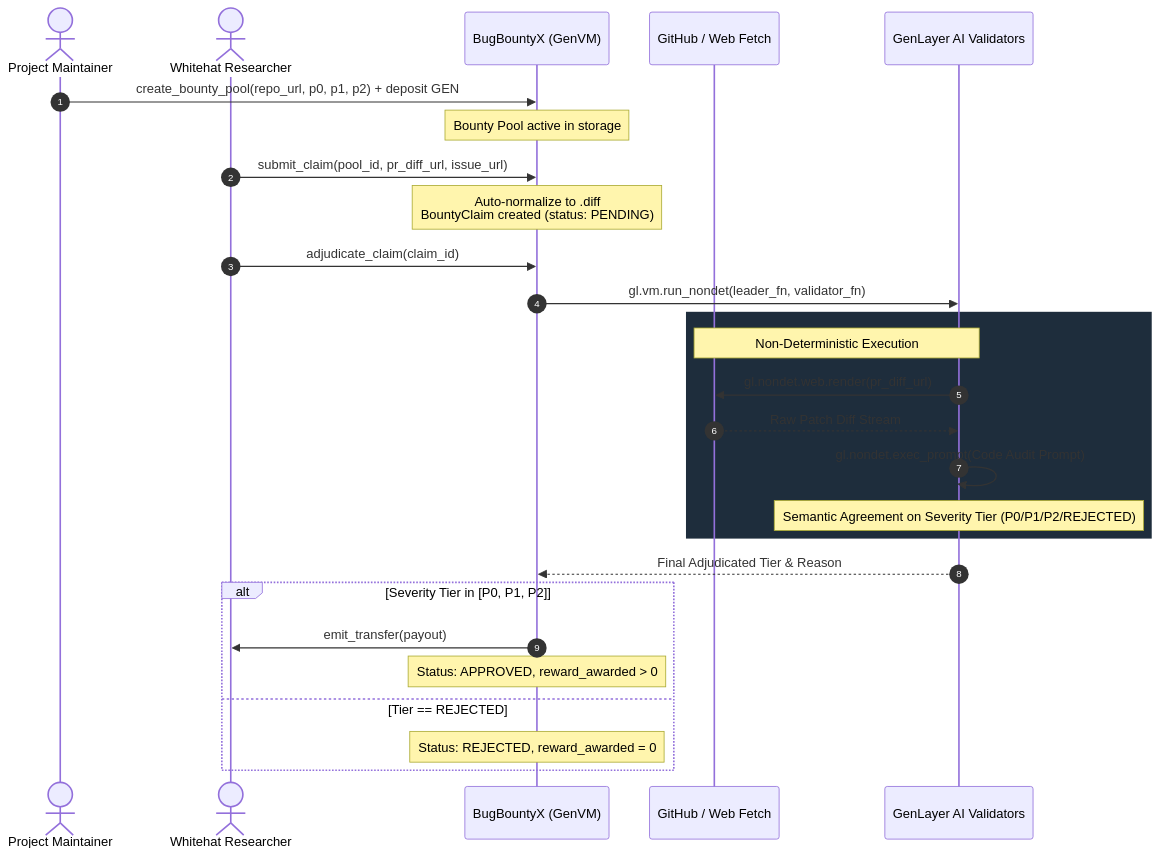
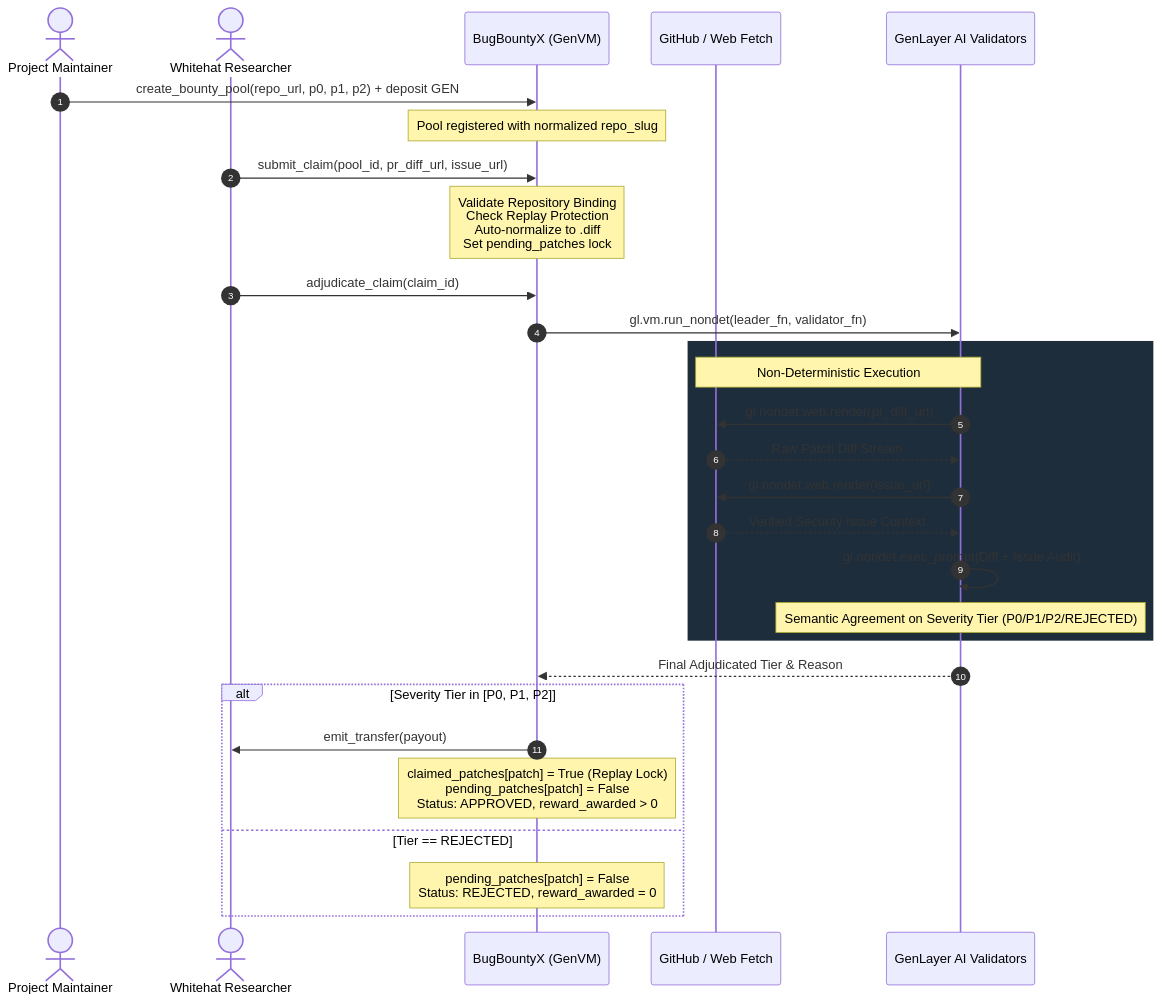
Before and after one commit to tuannguyenvan95/bug-bounty-x: the diagram in README.md, drawn with Mermaid. The commit also changed other lines of this file and 3 other files, not shown here.

Commit message:
feat(security): implement repository binding, issue context verification, and persistent replay protection

````diff
--- a/README.md
+++ b/README.md
@@ -112,35 +116,37 @@
 ```mermaid
 sequenceDiagram
     autonumber
     actor Team as Project Maintainer
     actor Hacker as Whitehat Researcher
     participant Contract as BugBountyX (GenVM)
     participant Web as GitHub / Web Fetch
     participant Consensus as GenLayer AI Validators
 
     Team->>Contract: create_bounty_pool(repo_url, p0, p1, p2) + deposit GEN
-    Note over Contract: Bounty Pool active in storage
+    Note over Contract: Pool registered with normalized repo_slug
 
     Hacker->>Contract: submit_claim(pool_id, pr_diff_url, issue_url)
-    Note over Contract: Auto-normalize to .diff<br/>BountyClaim created (status: PENDING)
+    Note over Contract: Validate Repository Binding<br/>Check Replay Protection<br/>Auto-normalize to .diff<br/>Set pending_patches lock
 
     Hacker->>Contract: adjudicate_claim(claim_id)
     Contract->>Consensus: gl.vm.run_nondet(leader_fn, validator_fn)
     
     rect rgb(30, 45, 60)
         Note over Consensus,Web: Non-Deterministic Execution
         Consensus->>Web: gl.nondet.web.render(pr_diff_url)
         Web-->>Consensus: Raw Patch Diff Stream
-        Consensus->>Consensus: gl.nondet.exec_prompt(Code Audit Prompt)
+        Consensus->>Web: gl.nondet.web.render(issue_url)
+        Web-->>Consensus: Verified Security Issue Context
+        Consensus->>Consensus: gl.nondet.exec_prompt(Diff + Issue Audit)
         Note over Consensus: Semantic Agreement on Severity Tier (P0/P1/P2/REJECTED)
     end
 
     Consensus-->>Contract: Final Adjudicated Tier & Reason
     
     alt Severity Tier in [P0, P1, P2]
         Contract->>Hacker: emit_transfer(payout)
-        Note over Contract: Status: APPROVED, reward_awarded > 0
+        Note over Contract: claimed_patches[patch] = True (Replay Lock)<br/>pending_patches[patch] = False<br/>Status: APPROVED, reward_awarded > 0
     else Tier == REJECTED
-        Note over Contract: Status: REJECTED, reward_awarded = 0
+        Note over Contract: pending_patches[patch] = False<br/>Status: REJECTED, reward_awarded = 0
     end
 ```
````
